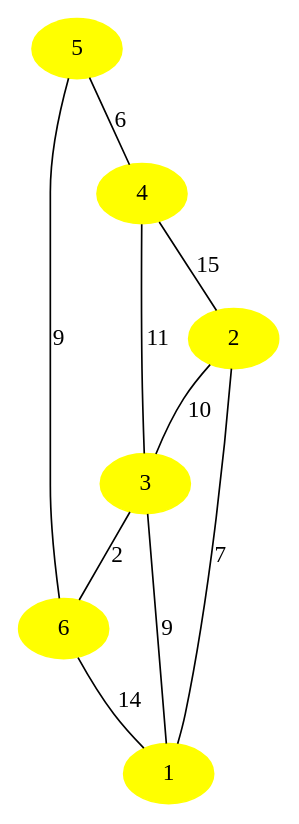
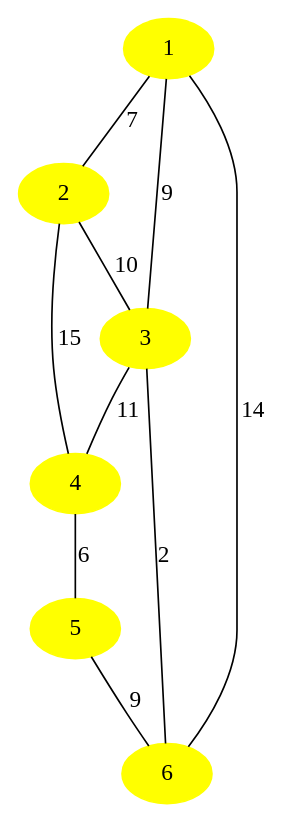
The diagram in algorithm/examples/Before_Dijkstra.dot (KorovinVA/CompMath), drawn with Graphviz before and after one commit. The commit also changed 13 other files, not shown here.

Commit message:
rewrite Graph architecture

```diff
--- a/algorithm/examples/Before_Dijkstra.dot
+++ b/algorithm/examples/Before_Dijkstra.dot
@@ -1,19 +1,18 @@
 digraph G{ 
 node [style=filled, fontcolor=black];
 n0[label="1", color=yellow];
-n1[label="6", color=yellow];
-n0[label="1", color=yellow];
-n1 -> n0 [arrowhead=none, label="14"]
+n1[label="2", color=yellow];
 n2[label="3", color=yellow];
-n2 -> n1 [arrowhead=none, label="2"]
-n2 -> n0 [arrowhead=none, label="9"]
-n3[label="2", color=yellow];
-n3 -> n0 [arrowhead=none, label="7"]
-n3 -> n2 [arrowhead=none, label="10"]
-n5[label="4", color=yellow];
+n3[label="4", color=yellow];
 n4[label="5", color=yellow];
-n4 -> n1 [arrowhead=none, label="9"]
-n4 -> n5 [arrowhead=none, label="6"]
-n5 -> n2 [arrowhead=none, label="11"]
-n5 -> n3 [arrowhead=none, label="15"]
+n5[label="6", color=yellow];
+n0 -> n5 [arrowhead=none, label="14"];
+n0 -> n2 [arrowhead=none, label="9"];
+n0 -> n1 [arrowhead=none, label="7"];
+n1 -> n2 [arrowhead=none, label="10"];
+n1 -> n3 [arrowhead=none, label="15"];
+n2 -> n5 [arrowhead=none, label="2"];
+n2 -> n3 [arrowhead=none, label="11"];
+n3 -> n4 [arrowhead=none, label="6"];
+n4 -> n5 [arrowhead=none, label="9"];
 }
```
